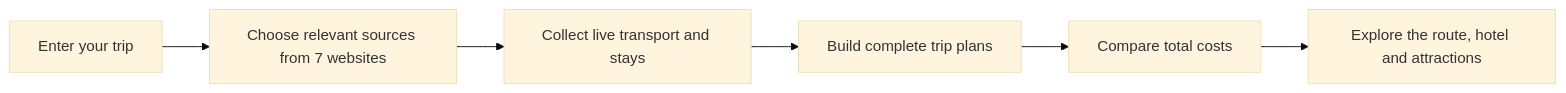
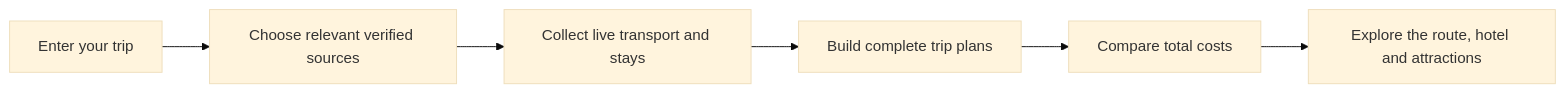
One commit to MAYANK-MAHAUR/TripWeave changed the diagram in README.md. Above: the diagram before and after it, drawn with Mermaid (base theme). The commit also changed other lines of this file and 5 other files, not shown here.

````diff
--- a/README.md
+++ b/README.md
@@ -52,8 +52,8 @@
 ```mermaid
 flowchart LR
-    A[Enter your trip] --> B[Choose relevant sources from 7 websites]
+    A[Enter your trip] --> B[Choose relevant verified sources]
     B --> C[Collect live transport and stays]
     C --> D[Build complete trip plans]
     D --> E[Compare total costs]
     E --> F[Explore the route, hotel and attractions]
 ```
````
